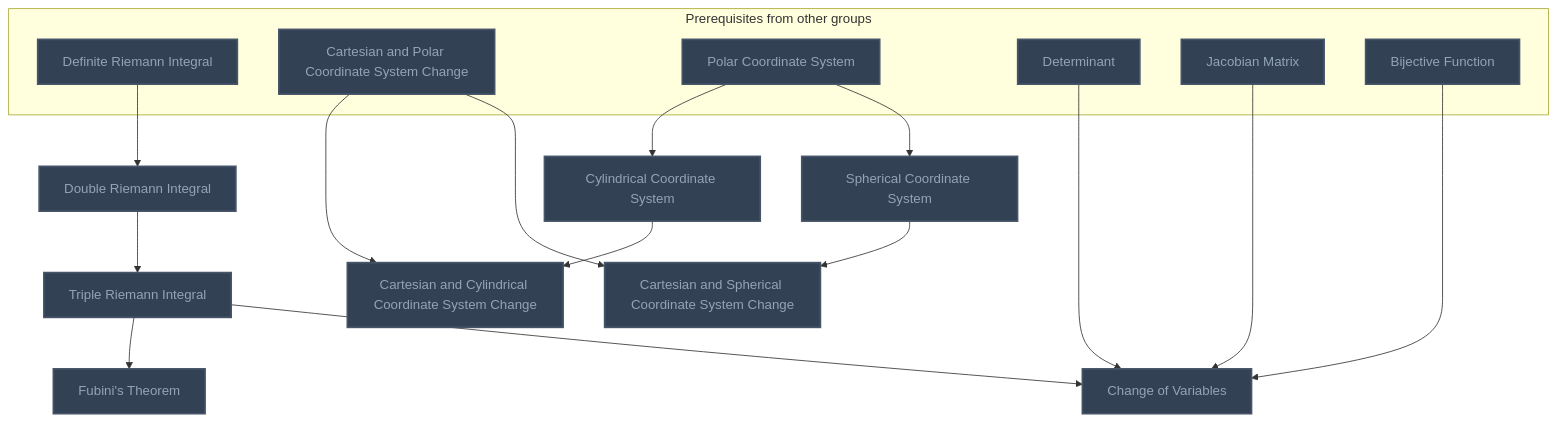
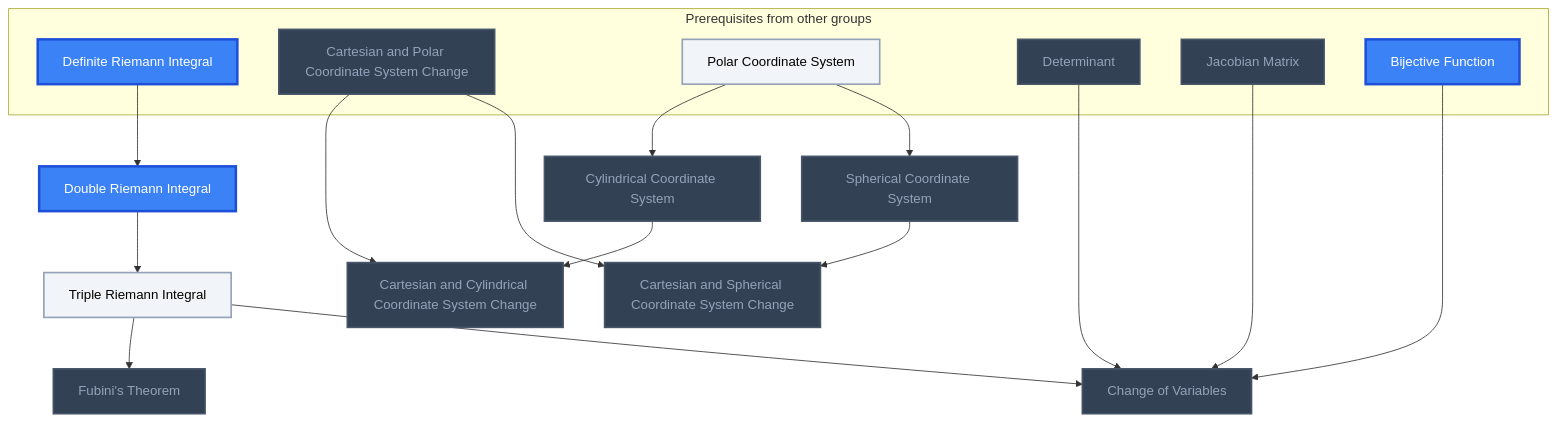
One commit to MRauf1/My-Notes changed diagram 11 of 12 in Gamification/Skill Trees/Calculus.md. Above: the diagram before and after it, drawn with Mermaid. The commit also changed other lines of this file and 156 other files, not shown here.

````diff
--- a/Gamification/Skill Trees/Calculus.md
+++ b/Gamification/Skill Trees/Calculus.md
@@ -772,43 +797,45 @@
 ```mermaid
 flowchart TD
     classDef planned fill:#1E293B,stroke:#64748B,stroke-width:2px,stroke-dasharray:5 5,color:#94A3B8;
     classDef locked fill:#334155,stroke:#475569,stroke-width:2px,color:#94A3B8;
     classDef L0 fill:#F1F5F9,stroke:#94A3B8,stroke-width:2px,color:#000000;
     classDef L1 fill:#22C55E,stroke:#15803D,stroke-width:2px,color:#000000;
     classDef L2 fill:#3B82F6,stroke:#1D4ED8,stroke-width:3px,color:#FFFFFF;
     classDef L3 fill:#A855F7,stroke:#6B21A8,stroke-width:3px,color:#FFFFFF,font-weight:bold;
     classDef L4 fill:#F97316,stroke:#C2410C,stroke-width:4px,color:#000000,font-weight:bold;
     classDef L5 fill:#FFD700,stroke:#FF8C00,stroke-width:5px,color:#000000,font-weight:bold;
     classDef rusty stroke:#8B4513,stroke-width:4px,stroke-dasharray:3 3;
     subgraph sg_prereqs["Prerequisites from other groups"]
         n_definite_riemann_integral["Definite Riemann Integral"]
         n_cartesian_and_polar_coordinate_system_change["Cartesian and Polar Coordinate System Change"]
         n_polar_coordinate_system["Polar Coordinate System"]
         n_determinant["Determinant"]
         n_jacobian_matrix["Jacobian Matrix"]
         n_bijective_function["Bijective Function"]
     end
     n_double_riemann_integral["Double Riemann Integral"]
     n_fubini_s_theorem["Fubini's Theorem"]
     n_triple_riemann_integral["Triple Riemann Integral"]
     n_cartesian_and_cylindrical_coordinate_system_change["Cartesian and Cylindrical Coordinate System Change"]
     n_cylindrical_coordinate_system["Cylindrical Coordinate System"]
     n_cartesian_and_spherical_coordinate_system_change["Cartesian and Spherical Coordinate System Change"]
     n_spherical_coordinate_system["Spherical Coordinate System"]
     n_change_of_variables["Change of Variables"]
     n_definite_riemann_integral --> n_double_riemann_integral
     n_triple_riemann_integral --> n_fubini_s_theorem
     n_double_riemann_integral --> n_triple_riemann_integral
     n_cartesian_and_polar_coordinate_system_change --> n_cartesian_and_cylindrical_coordinate_system_change
     n_cylindrical_coordinate_system --> n_cartesian_and_cylindrical_coordinate_system_change
     n_polar_coordinate_system --> n_cylindrical_coordinate_system
     n_cartesian_and_polar_coordinate_system_change --> n_cartesian_and_spherical_coordinate_system_change
     n_spherical_coordinate_system --> n_cartesian_and_spherical_coordinate_system_change
     n_polar_coordinate_system --> n_spherical_coordinate_system
     n_determinant --> n_change_of_variables
     n_jacobian_matrix --> n_change_of_variables
     n_bijective_function --> n_change_of_variables
     n_triple_riemann_integral --> n_change_of_variables
-    class n_definite_riemann_integral,n_cartesian_and_polar_coordinate_system_change,n_polar_coordinate_system,n_determinant,n_jacobian_matrix,n_bijective_function,n_double_riemann_integral,n_fubini_s_theorem,n_triple_riemann_integral,n_cartesian_and_cylindrical_coordinate_system_change,n_cylindrical_coordinate_system,n_cartesian_and_spherical_coordinate_system_change,n_spherical_coordinate_system,n_change_of_variables locked;
+    class n_cartesian_and_polar_coordinate_system_change,n_determinant,n_jacobian_matrix,n_fubini_s_theorem,n_cartesian_and_cylindrical_coordinate_system_change,n_cylindrical_coordinate_system,n_cartesian_and_spherical_coordinate_system_change,n_spherical_coordinate_system,n_change_of_variables locked;
+    class n_polar_coordinate_system,n_triple_riemann_integral L0;
+    class n_definite_riemann_integral,n_bijective_function,n_double_riemann_integral L2;
     class n_definite_riemann_integral,n_cartesian_and_polar_coordinate_system_change,n_polar_coordinate_system,n_determinant,n_jacobian_matrix,n_bijective_function,n_double_riemann_integral,n_fubini_s_theorem,n_triple_riemann_integral,n_cartesian_and_cylindrical_coordinate_system_change,n_cylindrical_coordinate_system,n_cartesian_and_spherical_coordinate_system_change,n_spherical_coordinate_system,n_change_of_variables internal-link;
 ```
````
